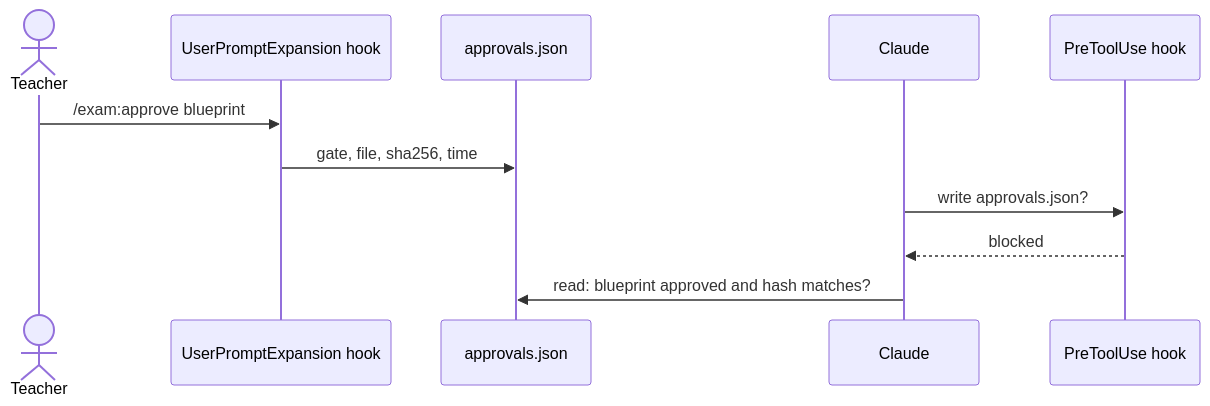
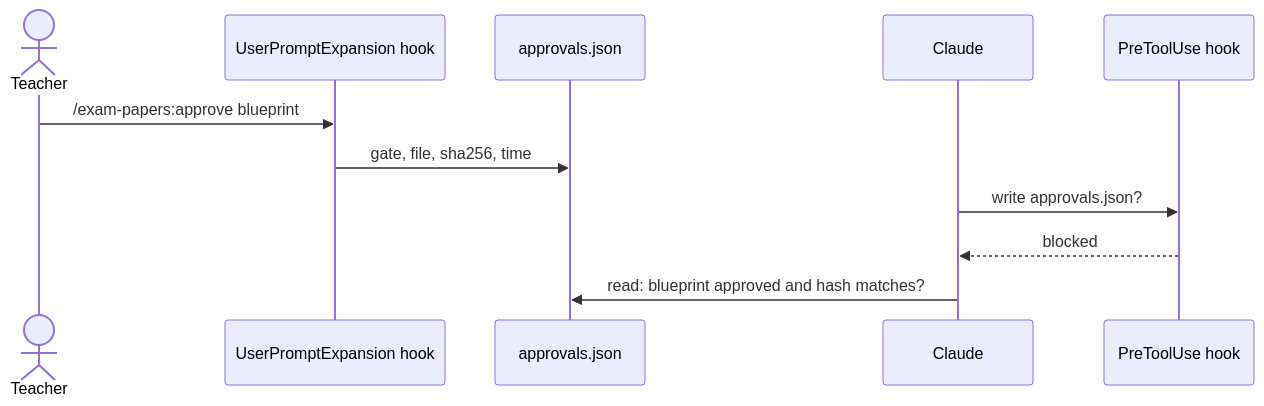
The second of 4 diagrams in docs/harness-design.md (harin49/exam-paper-generator), drawn with Mermaid before and after one commit. The commit also changed other lines of this file and 19 other files, not shown here.

First line of the commit message:
Approve the blueprint and final paper by typed command (D6, D7)

````diff
--- a/docs/harness-design.md
+++ b/docs/harness-design.md
@@ -131,13 +131,13 @@
 ```mermaid
 sequenceDiagram
     actor T as Teacher
     participant H as UserPromptExpansion hook
     participant A as approvals.json
     participant C as Claude
     participant P as PreToolUse hook
-    T->>H: /exam:approve blueprint
+    T->>H: /exam-papers:approve blueprint
     H->>A: gate, file, sha256, time
     C->>P: write approvals.json?
     P-->>C: blocked
     C->>A: read: blueprint approved and hash matches?
 ```
````
